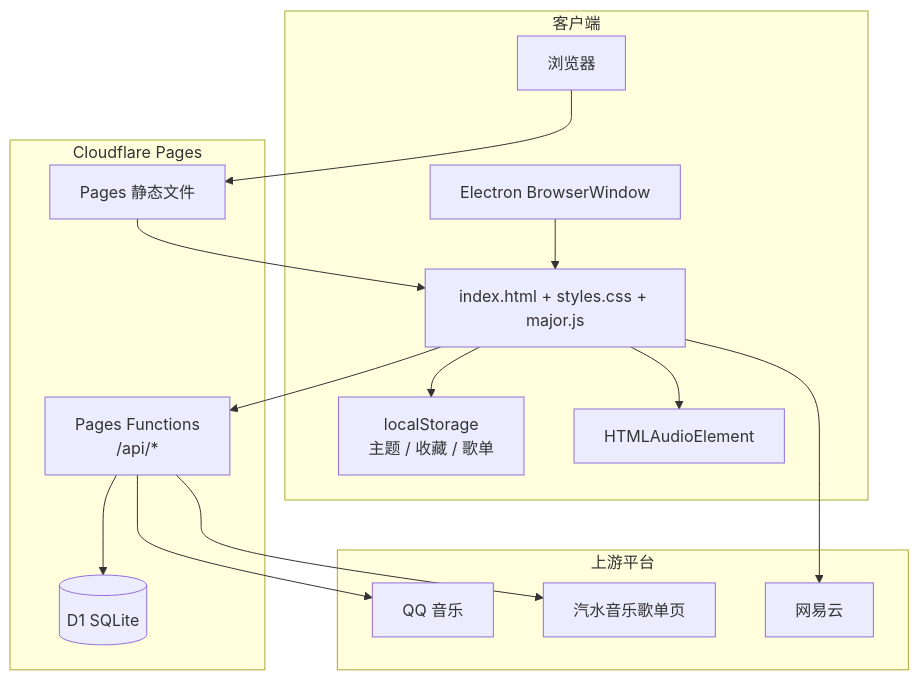
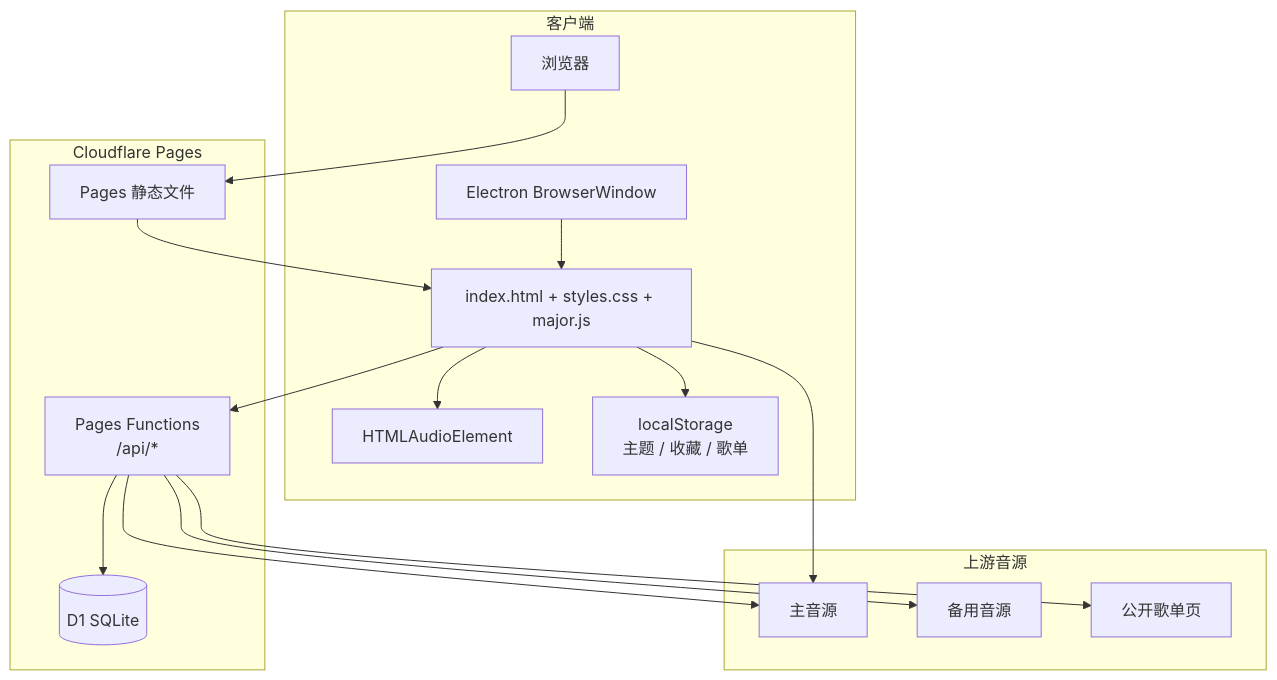
The second of 4 diagrams in README.md (zhoujungis/halo_music), drawn with Mermaid before and after one commit. The commit also changed other lines of this file and 32 other files, not shown here.

````diff
--- a/README.md
+++ b/README.md
@@ -83,30 +94,31 @@
 ```mermaid
 flowchart TB
     subgraph Client[客户端]
         Browser[浏览器]
         Electron[Electron BrowserWindow]
         UI[index.html + styles.css + major.js]
         Audio[HTMLAudioElement]
         Local[localStorage\n主题 / 收藏 / 歌单]
     end
     subgraph Cloudflare[Cloudflare Pages]
         Static[Pages 静态文件]
         Functions[Pages Functions\n/api/*]
         D1[(D1 SQLite)]
     end
-    subgraph Providers[上游平台]
-        Netease[网易云]
-        QQ[QQ 音乐]
-        Qishui[汽水音乐歌单页]
+    subgraph Providers[上游音源]
+        Primary[主音源]
+        Backup[备用音源]
+        Share[公开歌单页]
     end
     Browser --> Static
     Electron --> UI
     Static --> UI
     UI --> Functions
     UI --> Local
     UI --> Audio
     Functions --> D1
-    Functions --> QQ
-    Functions --> Qishui
-    UI --> Netease
+    Functions --> Primary
+    Functions --> Backup
+    Functions --> Share
+    UI --> Primary
 ```
````
